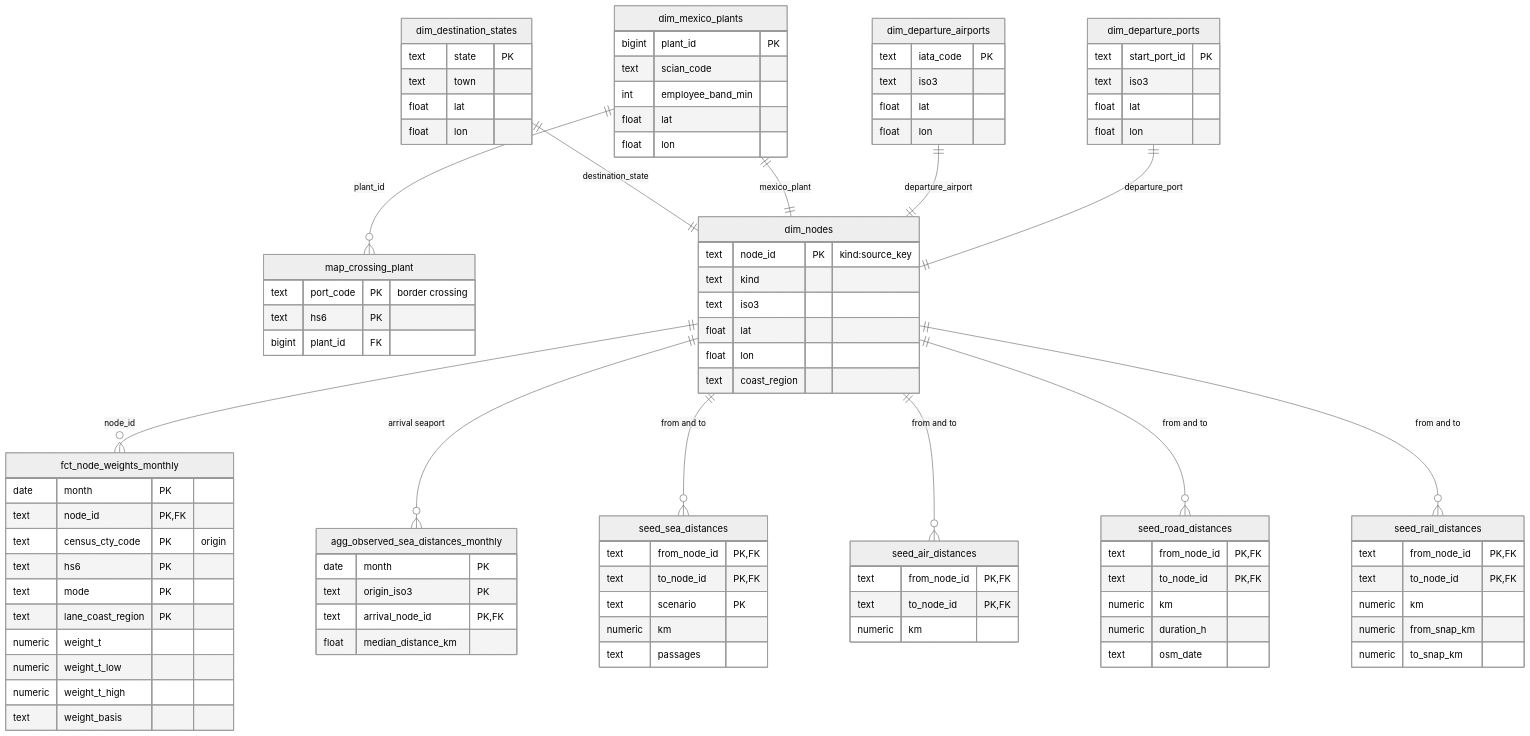
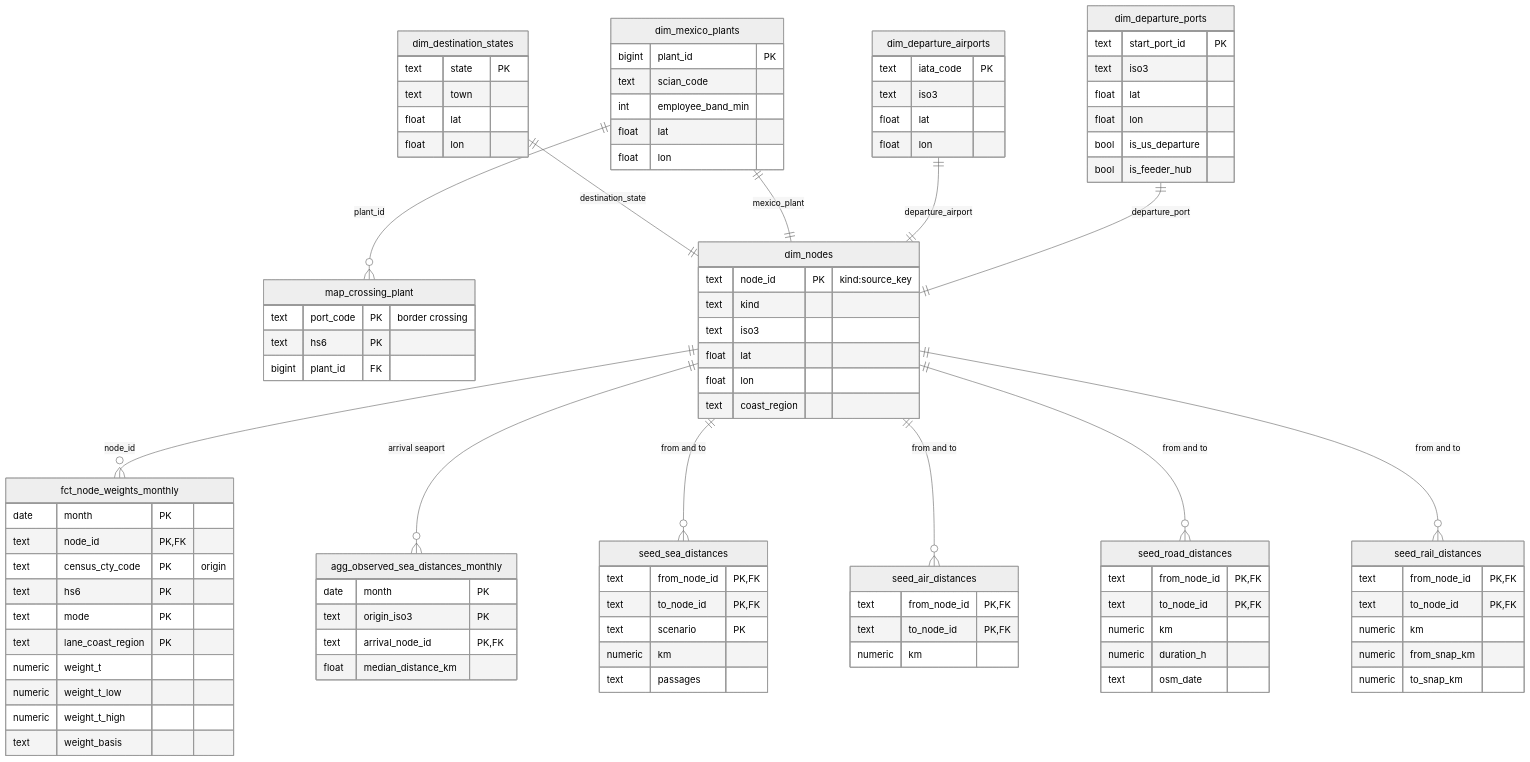
Before and after one commit to mollyegibson/shockt-climate: the third of 3 diagrams in data-pipelines/README.md, drawn with Mermaid (neutral theme). The commit also changed 9 other files, not shown here.

```diff
--- a/data-pipelines/README.md
+++ b/data-pipelines/README.md
@@ -386,6 +386,8 @@
     text iso3
     float lat
     float lon
+    bool is_us_departure
+    bool is_feeder_hub
   }
   dim_departure_airports {
     text iata_code PK
```
